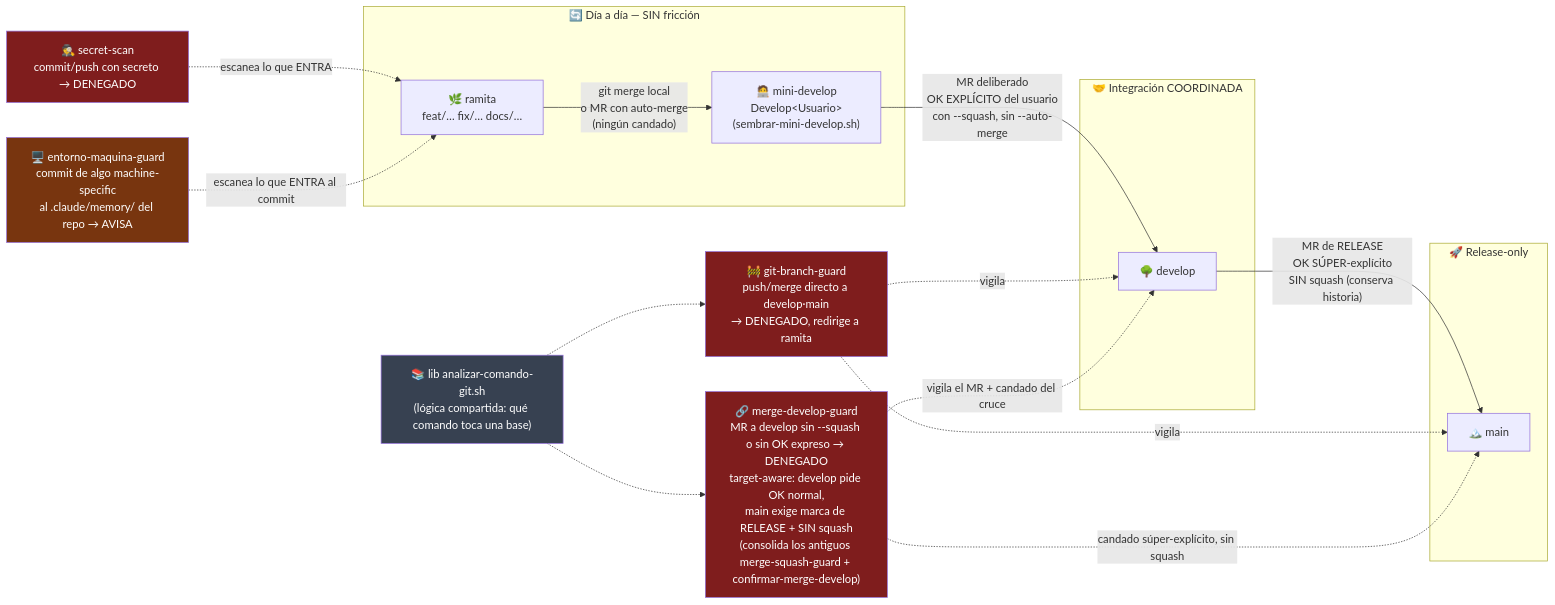
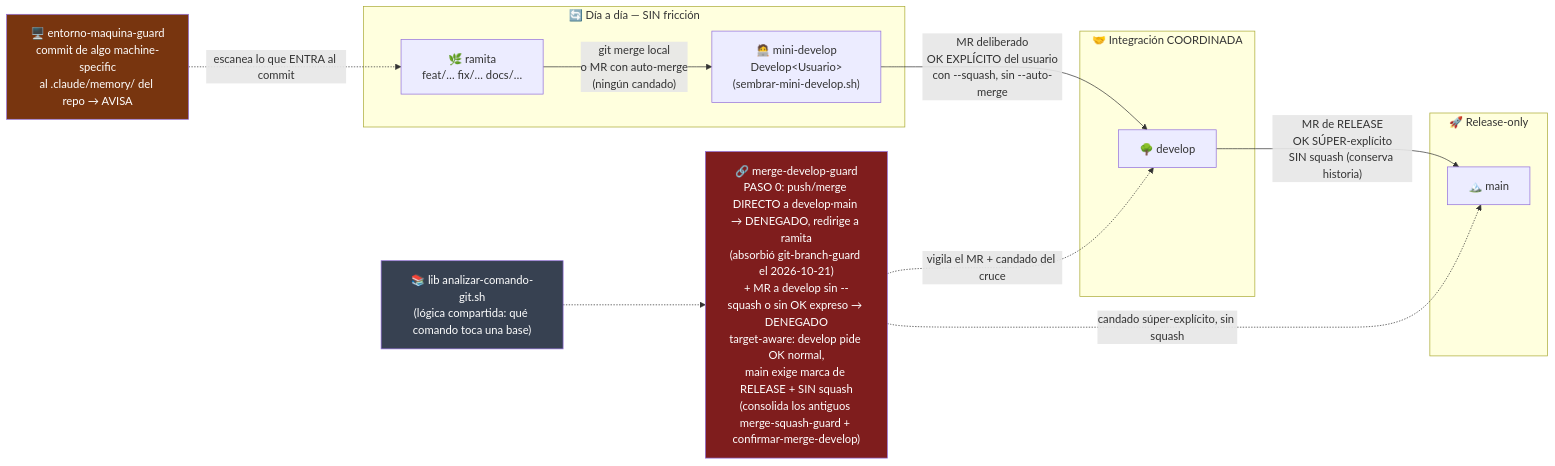
Before and after one commit to unjordi/cortex: the first of 4 diagrams in docs/mapa-cerebro.md, drawn with Mermaid. The commit also changed other lines of this file and 193 other files, not shown here.

````diff
--- a/docs/mapa-cerebro.md
+++ b/docs/mapa-cerebro.md
@@ -24,40 +24,32 @@
 ```mermaid
 flowchart LR
     subgraph dia["🔄 Día a día — SIN fricción"]
         RAMITA["🌿 ramita<br/>feat/… fix/… docs/…"]
         MINI["🧑‍💻 mini-develop<br/>Develop&lt;Usuario&gt;<br/>(sembrar-mini-develop.sh)"]
         RAMITA -->|"git merge local<br/>o MR con auto-merge<br/>(ningún candado)"| MINI
     end
 
     subgraph coordinado["🤝 Integración COORDINADA"]
         DEVELOP["🌳 develop"]
     end
 
     subgraph release["🚀 Release-only"]
         MAIN["🏔️ main"]
     end
 
     MINI -->|"MR deliberado<br/>OK EXPLÍCITO del usuario<br/>con --squash, sin --auto-merge"| DEVELOP
     DEVELOP -->|"MR de RELEASE<br/>OK SÚPER-explícito<br/>SIN squash (conserva historia)"| MAIN
 
-    GBG["🚧 git-branch-guard<br/>push/merge directo a develop·main<br/>→ DENEGADO, redirige a ramita"]
-    MDG["🔗 merge-develop-guard<br/>MR a develop sin --squash o sin OK expreso → DENEGADO<br/>target-aware: develop pide OK normal,<br/>main exige marca de RELEASE + SIN squash<br/>(consolida los antiguos merge-squash-guard + confirmar-merge-develop)"]
-    SS["🕵️ secret-scan<br/>commit/push con secreto → DENEGADO"]
+    MDG["🔗 merge-develop-guard<br/>PASO 0: push/merge DIRECTO a develop·main → DENEGADO, redirige a ramita<br/>(absorbió git-branch-guard el 2026-10-21)<br/>+ MR a develop sin --squash o sin OK expreso → DENEGADO<br/>target-aware: develop pide OK normal,<br/>main exige marca de RELEASE + SIN squash<br/>(consolida los antiguos merge-squash-guard + confirmar-merge-develop)"]
     EMG["🖥️ entorno-maquina-guard<br/>commit de algo machine-specific<br/>al .claude/memory/ del repo → AVISA"]
     LIB["📚 lib analizar-comando-git.sh<br/>(lógica compartida: qué comando toca una base)"]
 
-    GBG -.->|vigila| DEVELOP
-    GBG -.->|vigila| MAIN
     MDG -.->|vigila el MR + candado del cruce| DEVELOP
     MDG -.->|candado súper-explícito, sin squash| MAIN
-    SS -.->|escanea lo que ENTRA| RAMITA
     EMG -.->|escanea lo que ENTRA al commit| RAMITA
-    LIB -.-> GBG
     LIB -.-> MDG
 
-    style GBG fill:#7f1d1d,color:#fff
     style MDG fill:#7f1d1d,color:#fff
-    style SS fill:#7f1d1d,color:#fff
     style EMG fill:#78350f,color:#fff
     style LIB fill:#374151,color:#fff
 ```
````
